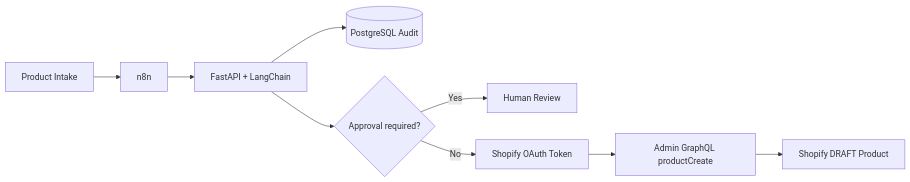
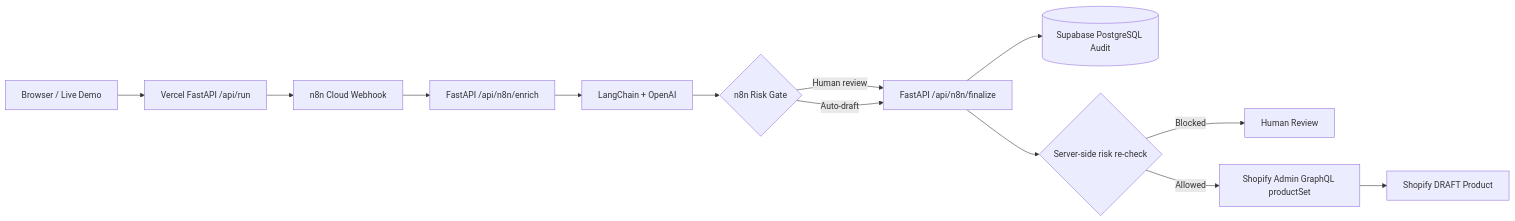
The diagram in README.md (mstfgncr23-eng/ai-commerce-ops), drawn with Mermaid before and after one commit. The commit also changed other lines of this file, not shown here.

Commit message:
Refresh README for live portfolio workflow

````diff
--- a/README.md
+++ b/README.md
@@ -9,11 +20,15 @@
 ```mermaid
 flowchart LR
-    A[Product Intake] --> B[n8n]
-    B --> C[FastAPI + LangChain]
-    C --> D[(PostgreSQL Audit)]
-    C --> E{Approval required?}
-    E -->|Yes| F[Human Review]
-    E -->|No| G[Shopify OAuth Token]
-    G --> H[Admin GraphQL productCreate]
-    H --> I[Shopify DRAFT Product]
+    A[Browser / Live Demo] --> B[Vercel FastAPI /api/run]
+    B --> C[n8n Cloud Webhook]
+    C --> D[FastAPI /api/n8n/enrich]
+    D --> E[LangChain + OpenAI]
+    E --> F{n8n Risk Gate}
+    F -->|Human review| G[FastAPI /api/n8n/finalize]
+    F -->|Auto-draft| G
+    G --> H[(Supabase PostgreSQL Audit)]
+    G --> I{Server-side risk re-check}
+    I -->|Blocked| J[Human Review]
+    I -->|Allowed| K[Shopify Admin GraphQL productSet]
+    K --> L[Shopify DRAFT Product]
 ```
````
